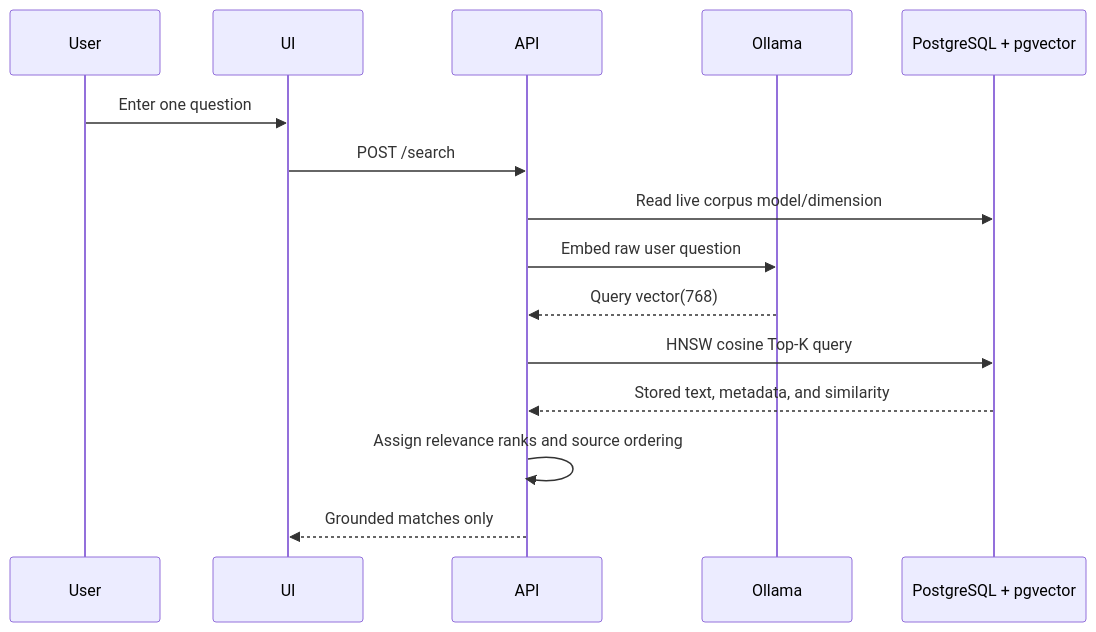
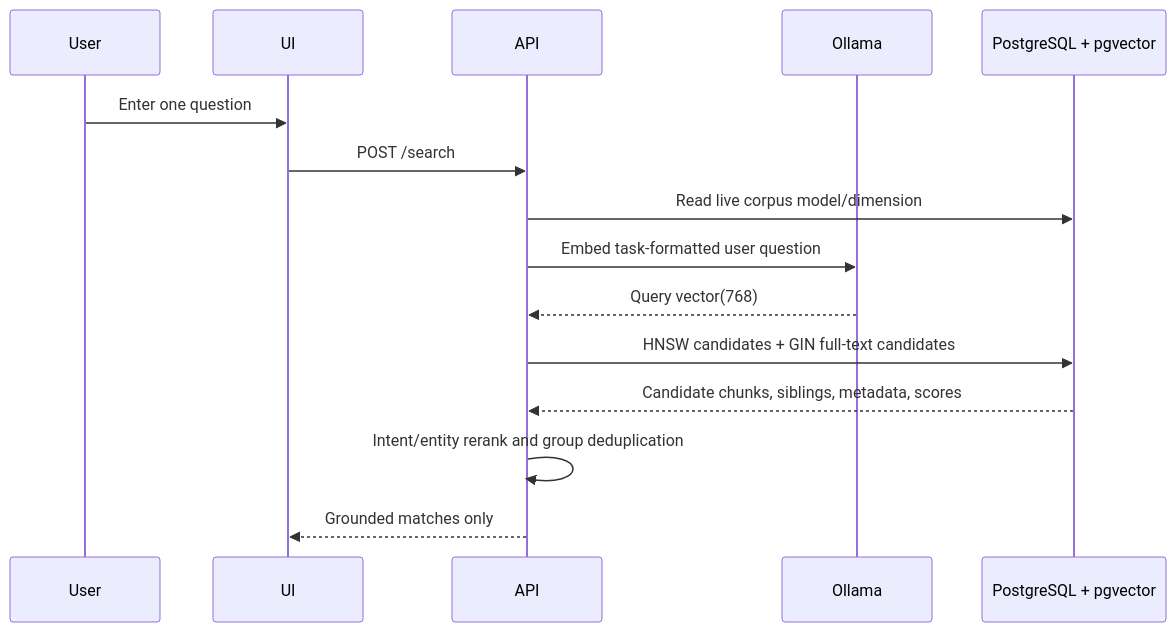
Before and after one commit to Ramakanth001/tools: the fourth of 4 diagrams in semantic-qa/ARCHITECTURE.md, drawn with Mermaid. The commit also changed other lines of this file and 17 other files, not shown here.

````diff
--- a/semantic-qa/ARCHITECTURE.md
+++ b/semantic-qa/ARCHITECTURE.md
@@ -483,18 +487,18 @@
 ```mermaid
 sequenceDiagram
     participant User
     participant UI
     participant API
     participant Ollama
     participant PG as PostgreSQL + pgvector
 
     User->>UI: Enter one question
     UI->>API: POST /search
     API->>PG: Read live corpus model/dimension
-    API->>Ollama: Embed raw user question
+    API->>Ollama: Embed task-formatted user question
     Ollama-->>API: Query vector(768)
-    API->>PG: HNSW cosine Top-K query
-    PG-->>API: Stored text, metadata, and similarity
-    API->>API: Assign relevance ranks and source ordering
+    API->>PG: HNSW candidates + GIN full-text candidates
+    PG-->>API: Candidate chunks, siblings, metadata, scores
+    API->>API: Intent/entity rerank and group deduplication
     API-->>UI: Grounded matches only
 ```
````
